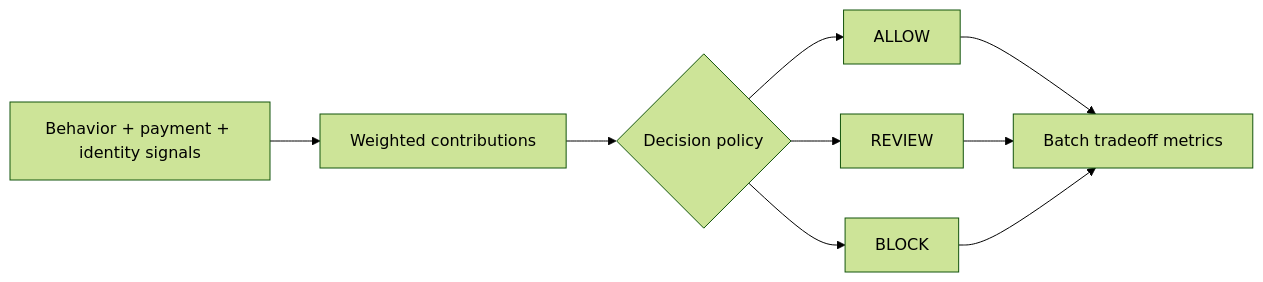
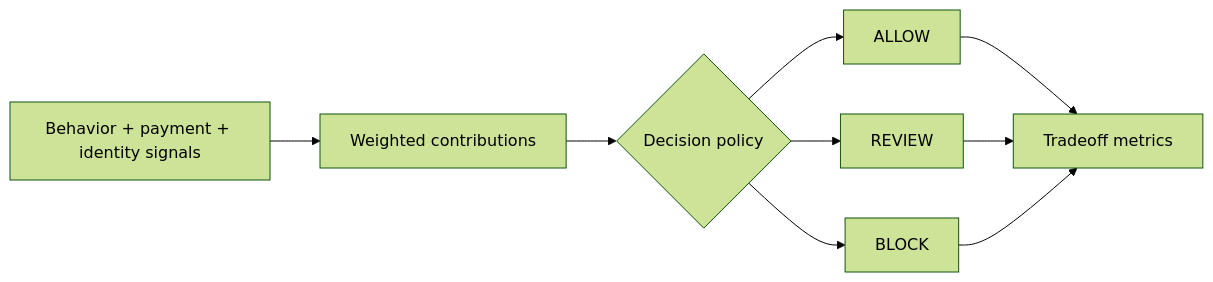
Before and after one commit to AshIntelligence/risk-decision-system: the diagram in README.md, drawn with Mermaid (forest theme). The commit also changed other lines of this file, not shown here.

````diff
--- a/README.md
+++ b/README.md
@@ -28,11 +33,11 @@
 ```mermaid
 flowchart LR
   S[Behavior + payment + identity signals] --> W[Weighted contributions]
   W --> P{Decision policy}
   P --> A[ALLOW]
   P --> R[REVIEW]
   P --> B[BLOCK]
-  A --> M[Batch tradeoff metrics]
+  A --> M[Tradeoff metrics]
   R --> M
   B --> M
 ```
````
